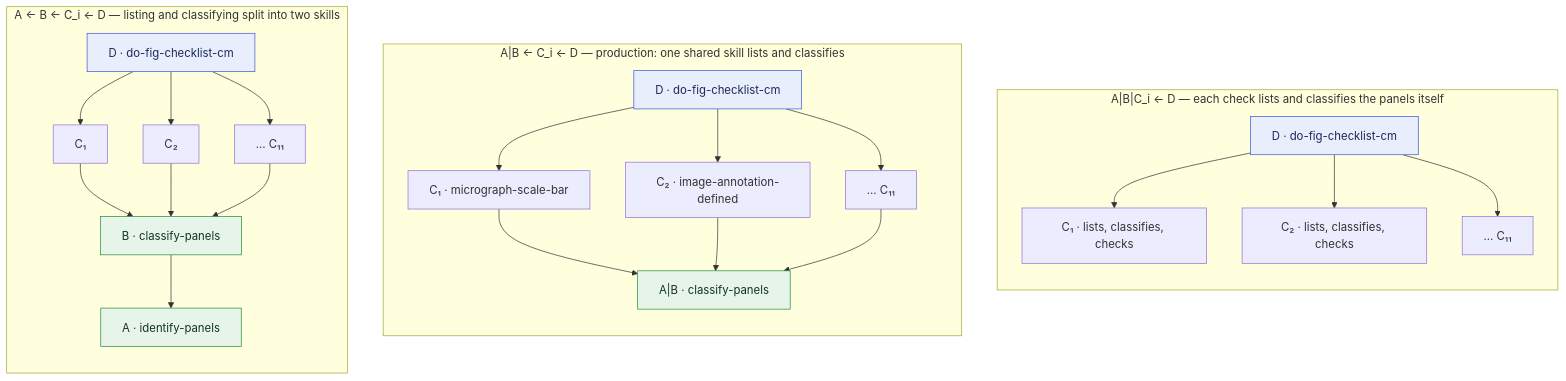
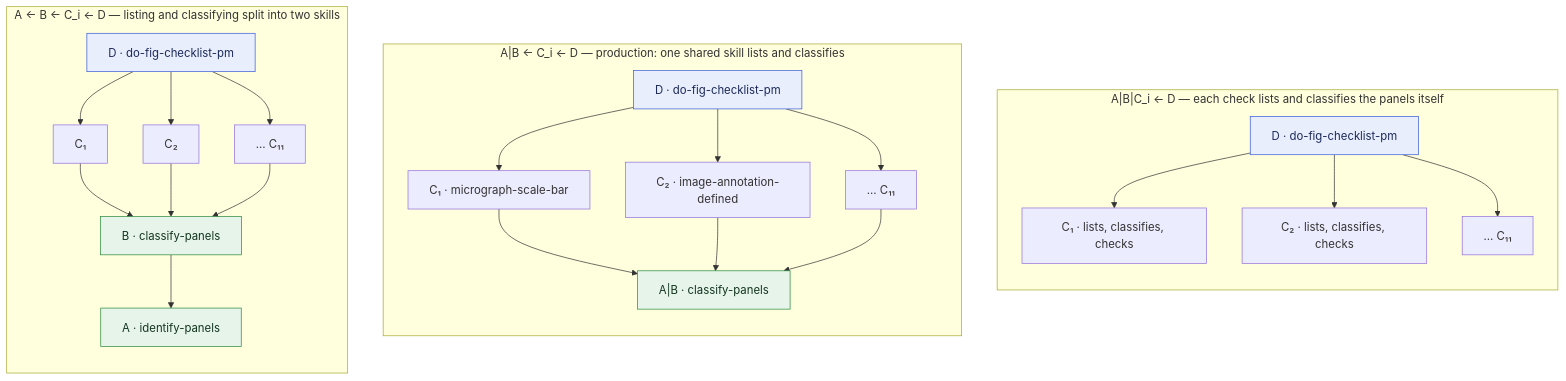
The diagram in README.md (source-data/mmQC), drawn with Mermaid before and after one commit. The commit also changed other lines of this file and 12 other files, not shown here.

First line of the commit message:
fig-checklist answers panel-major (exp-10)

````diff
--- a/README.md
+++ b/README.md
@@ -36,38 +36,38 @@
 ```mermaid
 flowchart TB
     subgraph flat["A|B|C_i ← D — each check lists and classifies the panels itself"]
         direction TB
-        D1["D · do-fig-checklist-cm"]
+        D1["D · do-fig-checklist-pm"]
         D1 --> C1a["C₁ · lists, classifies, checks"]
         D1 --> C1b["C₂ · lists, classifies, checks"]
         D1 --> C1c["… C₁₁"]
     end
 
     subgraph prod["A|B ← C_i ← D — production: one shared skill lists and classifies"]
         direction TB
-        D2["D · do-fig-checklist-cm"]
+        D2["D · do-fig-checklist-pm"]
         D2 --> C2a["C₁ · micrograph-scale-bar"]
         D2 --> C2b["C₂ · image-annotation-defined"]
         D2 --> C2c["… C₁₁"]
         C2a --> AB2["A|B · classify-panels"]
         C2b --> AB2
         C2c --> AB2
     end
 
     subgraph deep["A ← B ← C_i ← D — listing and classifying split into two skills"]
         direction TB
-        D3["D · do-fig-checklist-cm"]
+        D3["D · do-fig-checklist-pm"]
         D3 --> C3a["C₁"]
         D3 --> C3b["C₂"]
         D3 --> C3c["… C₁₁"]
         C3a --> B3["B · classify-panels"]
         C3b --> B3
         C3c --> B3
         B3 --> A3["A · identify-panels"]
     end
 
     classDef entry fill:#e8eefc,stroke:#3b5bdb,color:#1c2a5a
     classDef shared fill:#e6f4ea,stroke:#2b8a3e,color:#14361f
     class D1,D2,D3 entry
     class AB2,B3,A3 shared
 ```
````
